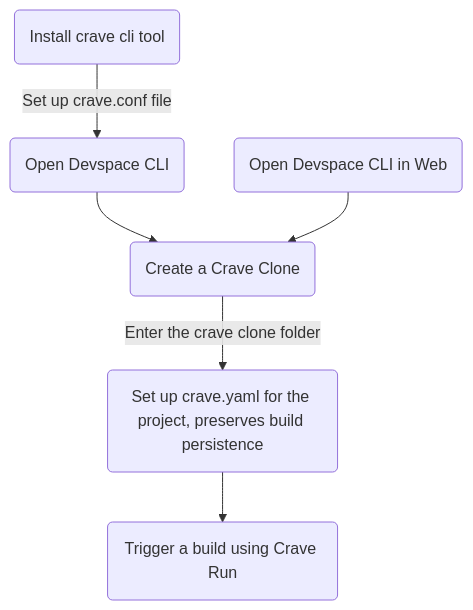
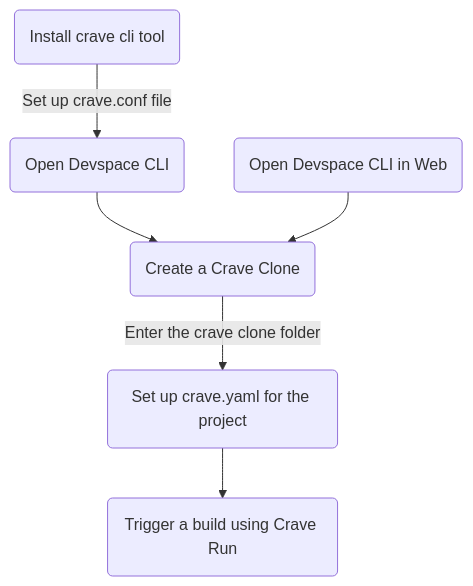
One commit to FOSSonTop/crave changed the diagram in getting-started/introduction.md. Above: the diagram before and after it, drawn with Mermaid.

Commit message:
Intro: Simplify

````diff
--- a/getting-started/introduction.md
+++ b/getting-started/introduction.md
@@ -21,6 +21,6 @@
 ```mermaid
 flowchart TD
     A(Install crave cli tool) -->|Set up crave.conf file| A1(Open Devspace CLI) --> B(Create a Crave Clone)
     Z(Open Devspace CLI in Web) --> B
-    B -->|Enter the crave clone folder| C(Set up crave.yaml for the project, preserves build persistence) --> D(Trigger a build using Crave Run)
+    B -->|Enter the crave clone folder| C(Set up crave.yaml for the project) --> D(Trigger a build using Crave Run)
 ```
````
